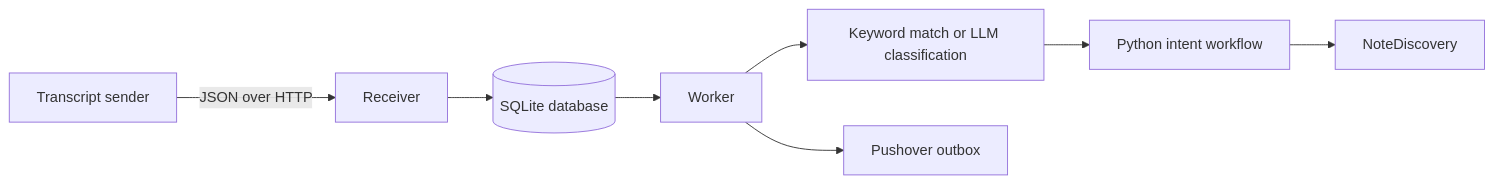
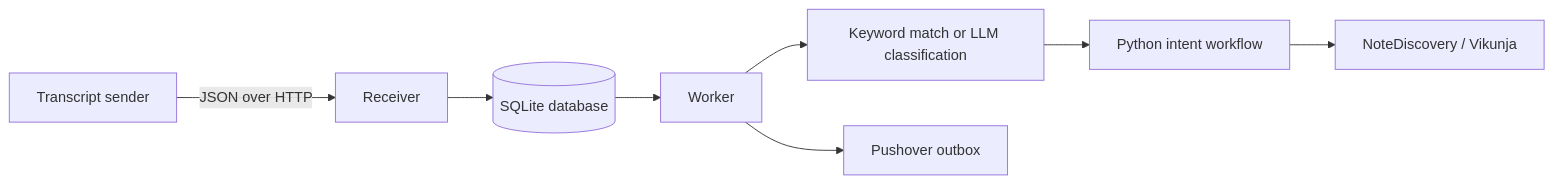
One commit to divin/koemichi changed the diagram in README.md. Above: the diagram before and after it, drawn with Mermaid. The commit also changed other lines of this file and 19 other files, not shown here.

````diff
--- a/README.md
+++ b/README.md
@@ -9,10 +9,10 @@
 ```mermaid
 flowchart LR
     A[Transcript sender] -->|JSON over HTTP| B[Receiver]
     B --> C[(SQLite database)]
     C --> D[Worker]
     D --> E[Keyword match or LLM classification]
     E --> F[Python intent workflow]
-    F --> G[NoteDiscovery]
+    F --> G[NoteDiscovery / Vikunja]
     D --> H[Pushover outbox]
 ```
````
